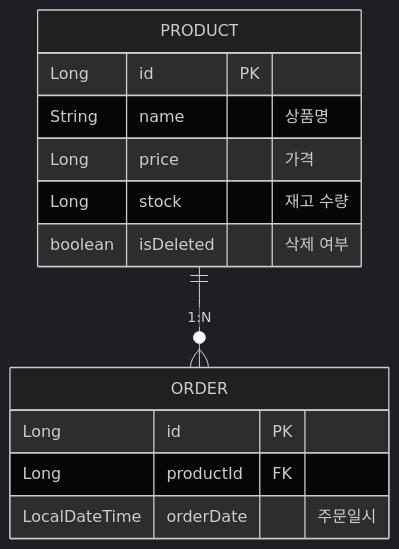
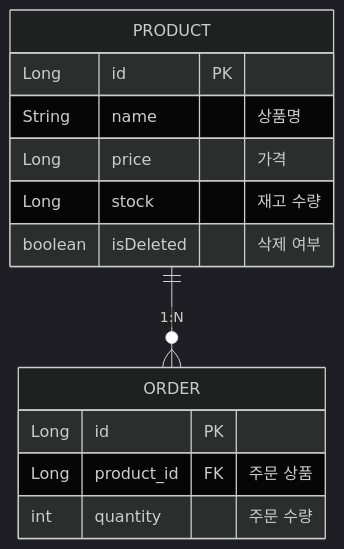
One commit to k-r-1/product-order-backend changed the diagram in README.md. Above: the diagram before and after it, drawn with Mermaid (dark theme).

Commit message:
docs: 프로젝트 최종 README 작성

````diff
--- a/README.md
+++ b/README.md
@@ -17,16 +17,16 @@
 ```mermaid
 erDiagram
     PRODUCT ||--o{ ORDER : "1:N"
     PRODUCT {
         Long id PK
         String name "상품명"
         Long price "가격"
         Long stock "재고 수량"
         boolean isDeleted "삭제 여부"
     }
     ORDER {
         Long id PK
-        Long productId FK
-        LocalDateTime orderDate "주문일시"
+        Long product_id FK "주문 상품"
+        int quantity "주문 수량"
     }
 ```
````
